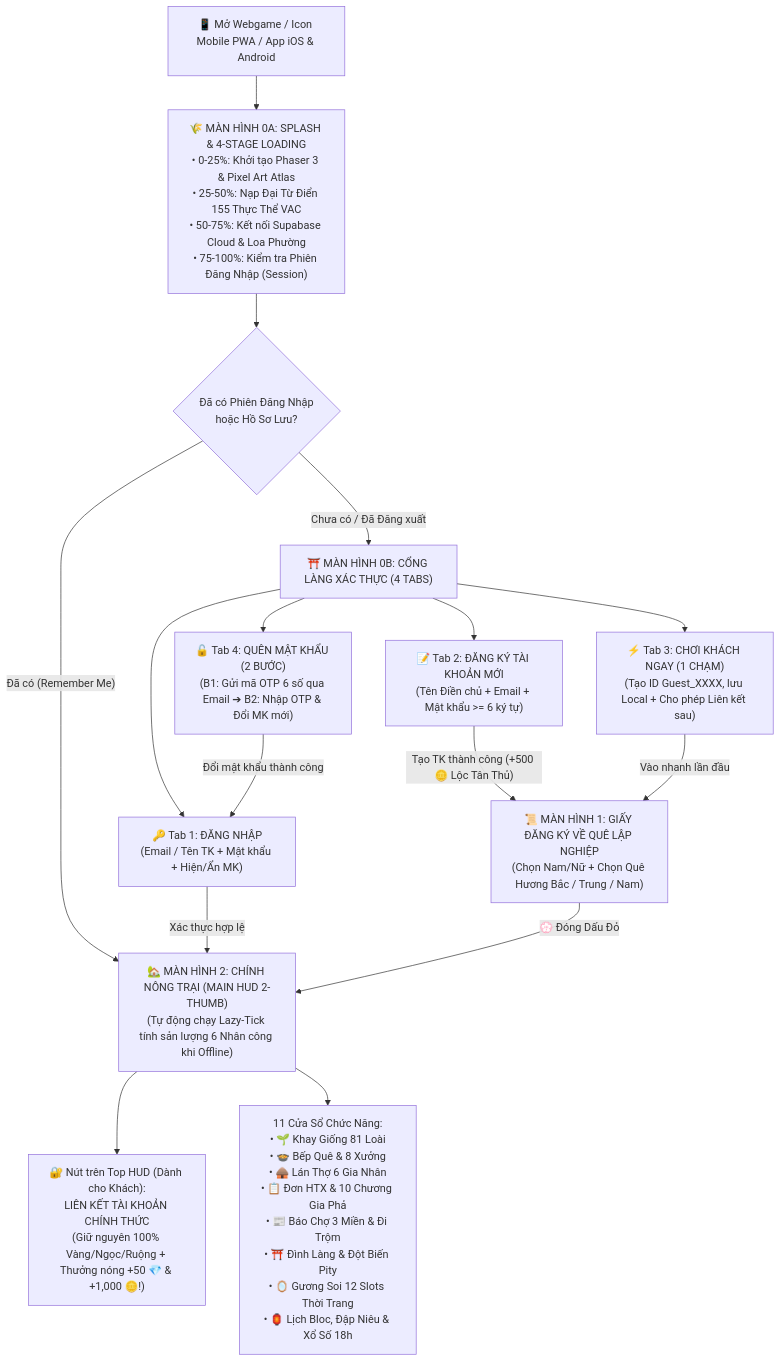
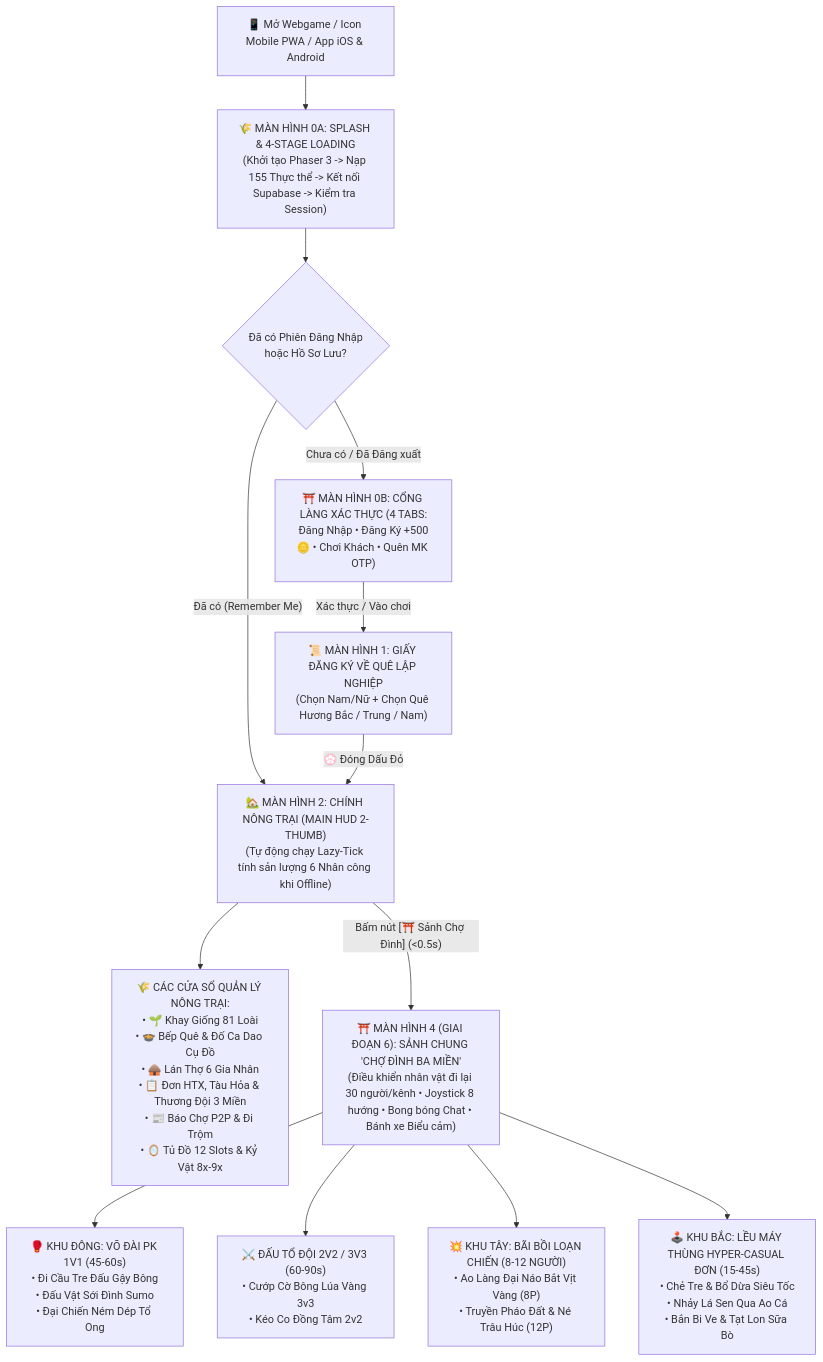
The diagram in 06_MASTER_UI_UX_Wireframe_Va_Flow_Toan_Bo_Tinh_Nang.md (ducpham2806/VAC_Online), drawn with Mermaid before and after one commit. The commit also changed other lines of this file and 8 other files, not shown here.

````diff
--- a/06_MASTER_UI_UX_Wireframe_Va_Flow_Toan_Bo_Tinh_Nang.md
+++ b/06_MASTER_UI_UX_Wireframe_Va_Flow_Toan_Bo_Tinh_Nang.md
@@ -11,22 +12,20 @@
 ```mermaid
 flowchart TD
-    Boot["📱 Mở Webgame / Icon Mobile PWA / App iOS & Android"] --> Splash["🌾 MÀN HÌNH 0A: SPLASH & 4-STAGE LOADING\n• 0-25%: Khởi tạo Phaser 3 & Pixel Art Atlas\n• 25-50%: Nạp Đại Từ Điển 155 Thực Thể VAC\n• 50-75%: Kết nối Supabase Cloud & Loa Phường\n• 75-100%: Kiểm tra Phiên Đăng Nhập (Session)"]
+    Boot["📱 Mở Webgame / Icon Mobile PWA / App iOS & Android"] --> Splash["🌾 MÀN HÌNH 0A: SPLASH & 4-STAGE LOADING\n(Khởi tạo Phaser 3 -> Nạp 155 Thực thể -> Kết nối Supabase -> Kiểm tra Session)"]
 
     Splash --> HasSession{"Đã có Phiên Đăng Nhập\nhoặc Hồ Sơ Lưu?"}
     HasSession -- "Đã có (Remember Me)" --> MainHUD["🏡 MÀN HÌNH 2: CHÍNH NÔNG TRẠI (MAIN HUD 2-THUMB)\n(Tự động chạy Lazy-Tick tính sản lượng 6 Nhân công khi Offline)"]
-    HasSession -- "Chưa có / Đã Đăng xuất" --> AuthGate["⛩️ MÀN HÌNH 0B: CỔNG LÀNG XÁC THỰC (4 TABS)"]
+    HasSession -- "Chưa có / Đã Đăng xuất" --> AuthGate["⛩️ MÀN HÌNH 0B: CỔNG LÀNG XÁC THỰC (4 TABS:\nĐăng Nhập • Đăng Ký +500🪙 • Chơi Khách • Quên MK OTP)"]
 
-    AuthGate --> TabLogin["🔑 Tab 1: ĐĂNG NHẬP\n(Email / Tên TK + Mật khẩu + Hiện/Ẩn MK)"]
-    AuthGate --> TabSignup["📝 Tab 2: ĐĂNG KÝ TÀI KHOẢN MỚI\n(Tên Điền chủ + Email + Mật khẩu >= 6 ký tự)"]
-    AuthGate --> TabGuest["⚡ Tab 3: CHƠI KHÁCH NGAY (1 CHẠM)\n(Tạo ID Guest_XXXX, lưu Local + Cho phép Liên kết sau)"]
-    AuthGate --> TabForgot["🔓 Tab 4: QUÊN MẬT KHẨU (2 BƯỚC)\n(B1: Gửi mã OTP 6 số qua Email ➔ B2: Nhập OTP & Đổi MK mới)"]
-
-    TabLogin -- "Xác thực hợp lệ" --> MainHUD
-    TabForgot -- "Đổi mật khẩu thành công" --> TabLogin
-    TabSignup -- "Tạo TK thành công (+500 🪙 Lộc Tân Thủ)" --> CharSelect["📜 MÀN HÌNH 1: GIẤY ĐĂNG KÝ VỀ QUÊ LẬP NGHIỆP\n(Chọn Nam/Nữ + Chọn Quê Hương Bắc / Trung / Nam)"]
-    TabGuest -- "Vào nhanh lần đầu" --> CharSelect
+    AuthGate -- "Xác thực / Vào chơi" --> CharSelect["📜 MÀN HÌNH 1: GIẤY ĐĂNG KÝ VỀ QUÊ LẬP NGHIỆP\n(Chọn Nam/Nữ + Chọn Quê Hương Bắc / Trung / Nam)"]
     CharSelect -- "💮 Đóng Dấu Đỏ" --> MainHUD
 
-    MainHUD --> BindGuest["🔐 Nút trên Top HUD (Dành cho Khách):\nLIÊN KẾT TÀI KHOẢN CHÍNH THỨC\n(Giữ nguyên 100% Vàng/Ngọc/Ruộng + Thưởng nóng +50 💎 & +1,000 🪙!)"]
-    MainHUD --> Modals["11 Cửa Sổ Chức Năng:\n• 🌱 Khay Giống 81 Loài\n• 🍲 Bếp Quê & 8 Xưởng\n• 🛖 Lán Thợ 6 Gia Nhân\n• 📋 Đơn HTX & 10 Chương Gia Phả\n• 📰 Báo Chợ 3 Miền & Đi Trộm\n• ⛩️ Đình Làng & Đột Biến Pity\n• 🪞 Gương Soi 12 Slots Thời Trang\n• 🏮 Lịch Bloc, Đập Niêu & Xổ Số 18h"]
+    MainHUD --> FarmModals["🌾 CÁC CỬA SỔ QUẢN LÝ NÔNG TRẠI:\n• 🌱 Khay Giống 81 Loài\n• 🍲 Bếp Quê & Đố Ca Dao Cụ Đồ\n• 🛖 Lán Thợ 6 Gia Nhân\n• 📋 Đơn HTX, Tàu Hỏa & Thương Đội 3 Miền\n• 📰 Báo Chợ P2P & Đi Trộm\n• 🪞 Tủ Đồ 12 Slots & Kỷ Vật 8x-9x"]
+
+    MainHUD -- "Bấm nút [⛩️ Sảnh Chợ Đình] (<0.5s)" --> PlazaHUD["⛩️ MÀN HÌNH 4 (GIAI ĐOẠN 6): SẢNH CHUNG 'CHỢ ĐÌNH BA MIỀN'\n(Điều khiển nhân vật đi lại 30 người/kênh • Joystick 8 hướng • Bong bóng Chat • Bánh xe Biểu cảm)"]
+
+    PlazaHUD --> ZonePK["🥊 KHU ĐÔNG: VÕ ĐÀI PK 1V1 (45-60s)\n• Đi Cầu Tre Đấu Gậy Bông\n• Đấu Vật Sới Đình Sumo\n• Đại Chiến Ném Dép Tổ Ong"]
+    PlazaHUD --> ZoneTeam["⚔️ ĐẤU TỔ ĐỘI 2V2 / 3V3 (60-90s)\n• Cướp Cờ Bông Lúa Vàng 3v3\n• Kéo Co Đồng Tâm 2v2"]
+    PlazaHUD --> ZoneBrawl["💥 KHU TÂY: BÃI BỒI LOẠN CHIẾN (8-12 NGƯỜI)\n• Ao Làng Đại Náo Bắt Vịt Vàng (8P)\n• Truyền Pháo Đất & Né Trâu Húc (12P)"]
+    PlazaHUD --> ZoneHC["🕹️ KHU BẮC: LỀU MÁY THÙNG HYPER-CASUAL ĐƠN (15-45s)\n• Chẻ Tre & Bổ Dừa Siêu Tốc\n• Nhảy Lá Sen Qua Ao Cá\n• Bắn Bi Ve & Tạt Lon Sữa Bò"]
 ```
````
